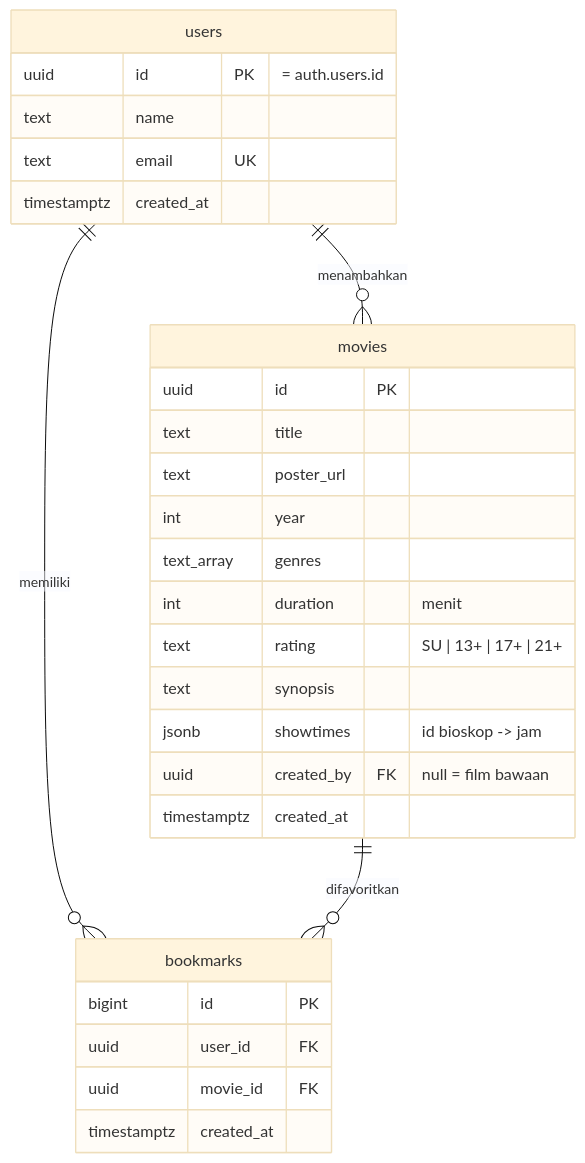
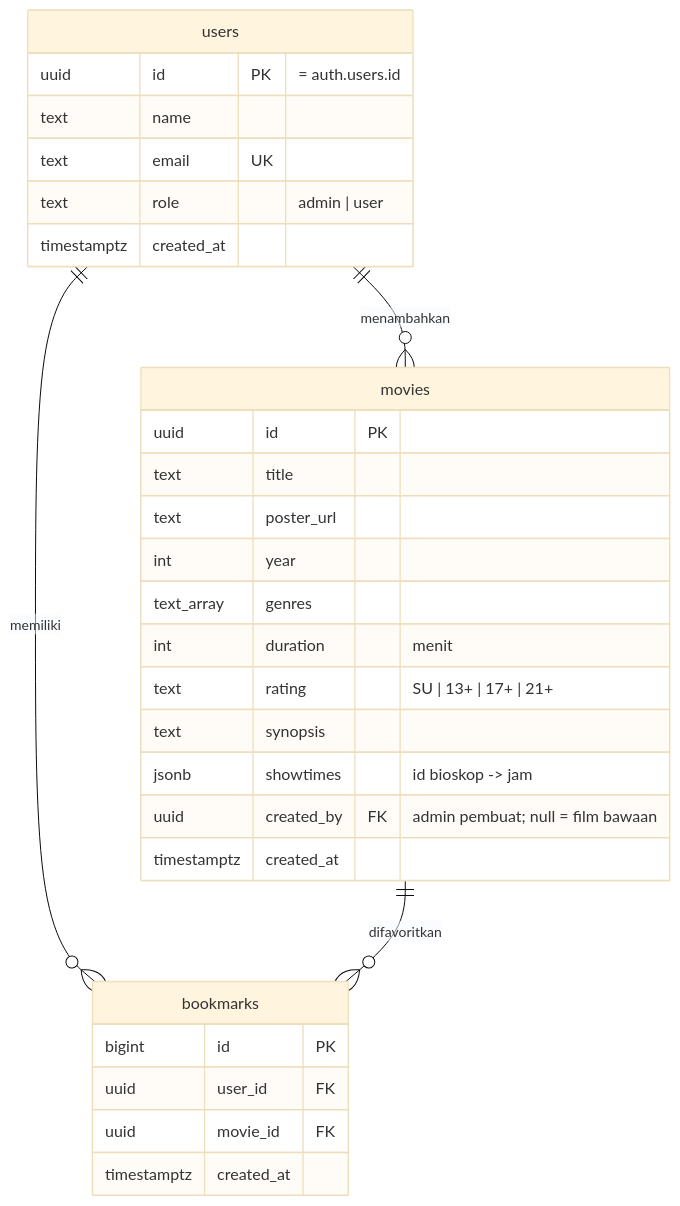
Before and after one commit to AbdiJ09/tayang: the diagram in README.md, drawn with Mermaid (base theme). The commit also changed other lines of this file and 7 other files, not shown here.

First line of the commit message:
Role admin & user

````diff
--- a/README.md
+++ b/README.md
@@ -22,32 +24,33 @@
 ```mermaid
 erDiagram
     users ||--o{ movies : "menambahkan"
     users ||--o{ bookmarks : "memiliki"
     movies ||--o{ bookmarks : "difavoritkan"
 
     users {
         uuid id PK "= auth.users.id"
         text name
         text email UK
+        text role "admin | user"
         timestamptz created_at
     }
     movies {
         uuid id PK
         text title
         text poster_url
         int year
         text_array genres
         int duration "menit"
         text rating "SU | 13+ | 17+ | 21+"
         text synopsis
         jsonb showtimes "id bioskop -> jam"
-        uuid created_by FK "null = film bawaan"
+        uuid created_by FK "admin pembuat; null = film bawaan"
         timestamptz created_at
     }
     bookmarks {
         bigint id PK
         uuid user_id FK
         uuid movie_id FK
         timestamptz created_at
     }
 ```
````
